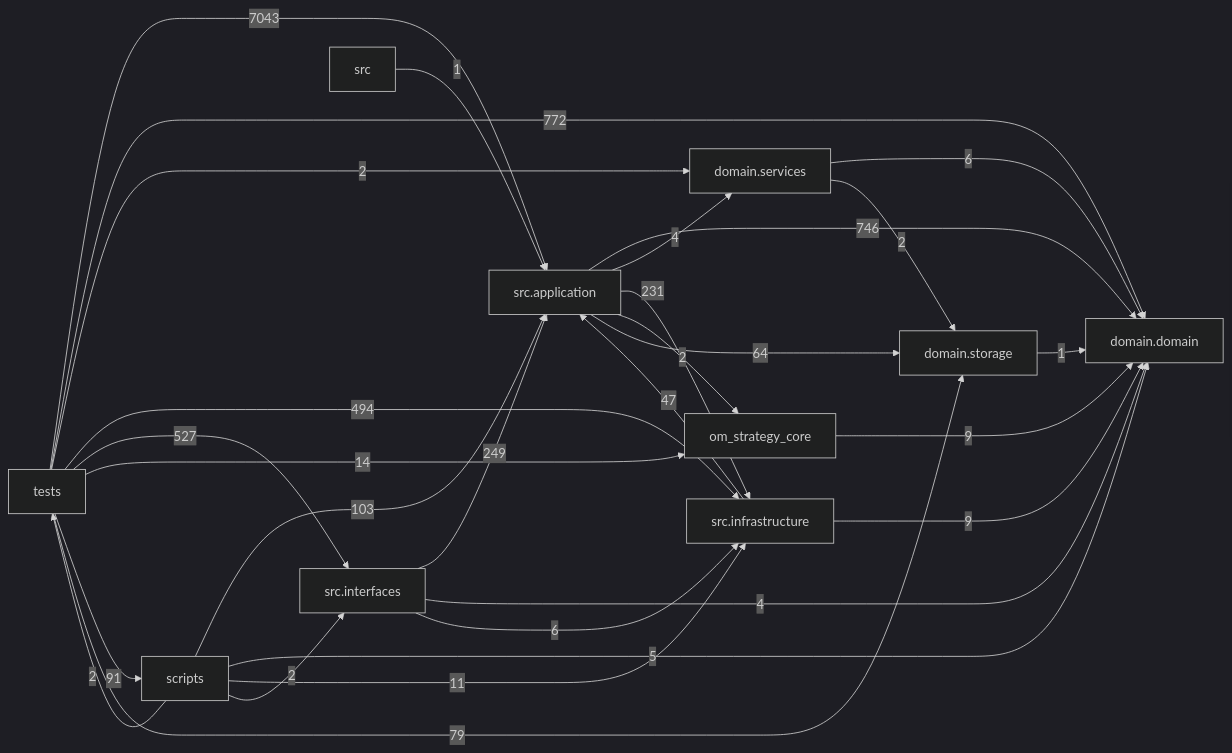
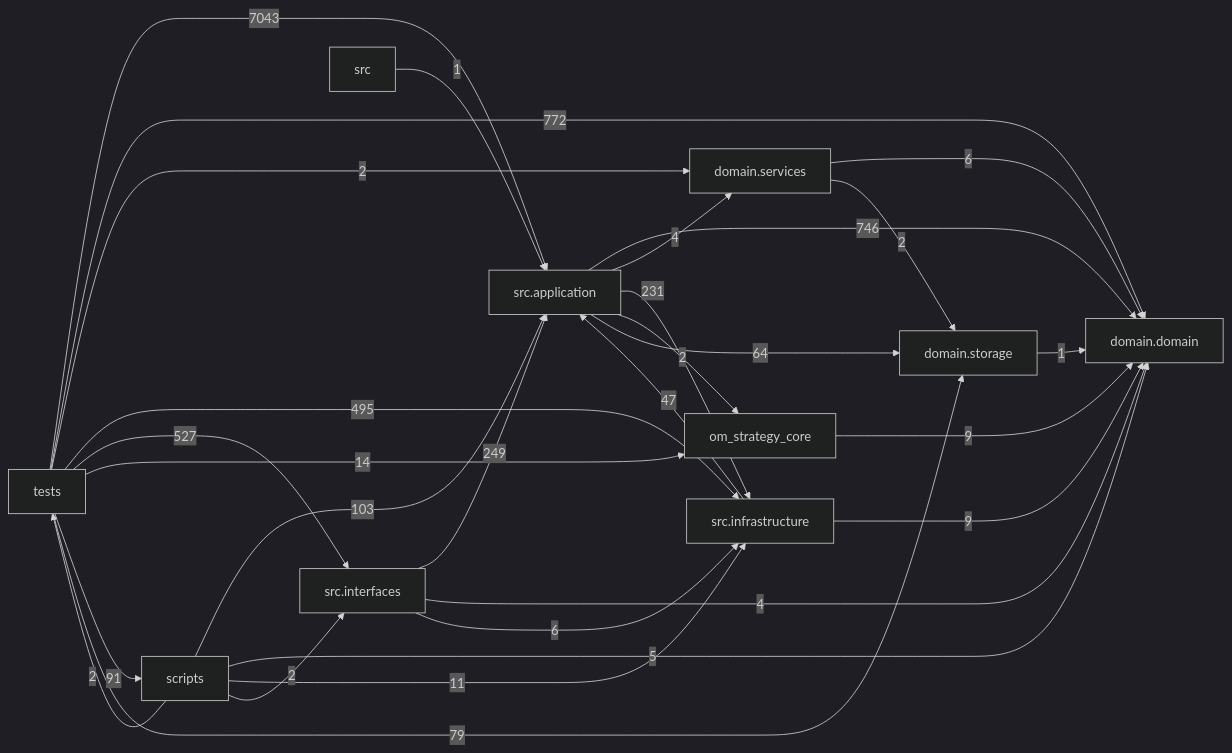
One commit to liuxie066/options-monitor changed the diagram in docs/DEPENDENCY_GRAPH.md. Above: the diagram before and after it, drawn with Mermaid (dark theme). The commit also changed other lines of this file, not shown here.

Commit message:
docs(architecture): refresh graph after FX fixture clock fix

````diff
--- a/docs/DEPENDENCY_GRAPH.md
+++ b/docs/DEPENDENCY_GRAPH.md
@@ -24,39 +24,39 @@
 ```mermaid
 flowchart LR
   tests["tests"]
   scripts["scripts"]
   interfaces["src.interfaces"]
   application["src.application"]
   infrastructure["src.infrastructure"]
   domain_services["domain.services"]
   domain["domain.domain"]
   storage["domain.storage"]
   application -->|746| domain
   application -->|4| domain_services
   application -->|231| infrastructure
   application -->|2| om_strategy_core
   application -->|64| storage
   domain_services -->|6| domain
   domain_services -->|2| storage
   infrastructure -->|47| application
   infrastructure -->|9| domain
   interfaces -->|249| application
   interfaces -->|4| domain
   interfaces -->|6| infrastructure
   om_strategy_core -->|9| domain
   scripts -->|103| application
   scripts -->|5| domain
   scripts -->|11| infrastructure
   scripts -->|2| interfaces
   scripts -->|2| tests
   src -->|1| application
   storage -->|1| domain
   tests -->|7043| application
   tests -->|772| domain
   tests -->|2| domain_services
-  tests -->|494| infrastructure
+  tests -->|495| infrastructure
   tests -->|527| interfaces
   tests -->|14| om_strategy_core
   tests -->|91| scripts
   tests -->|79| storage
 ```
````
